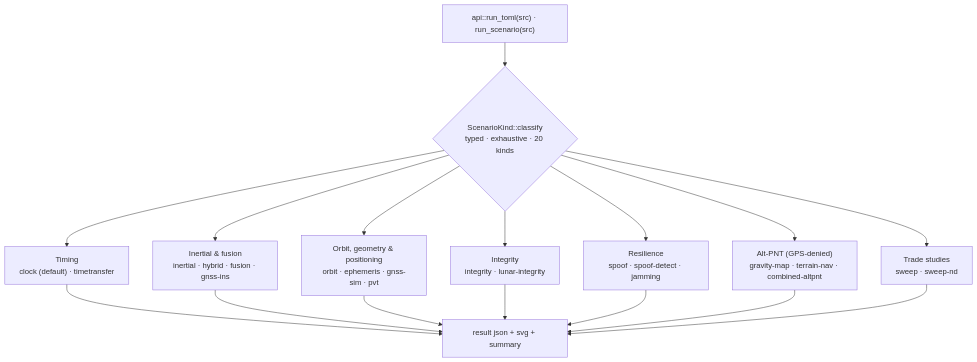
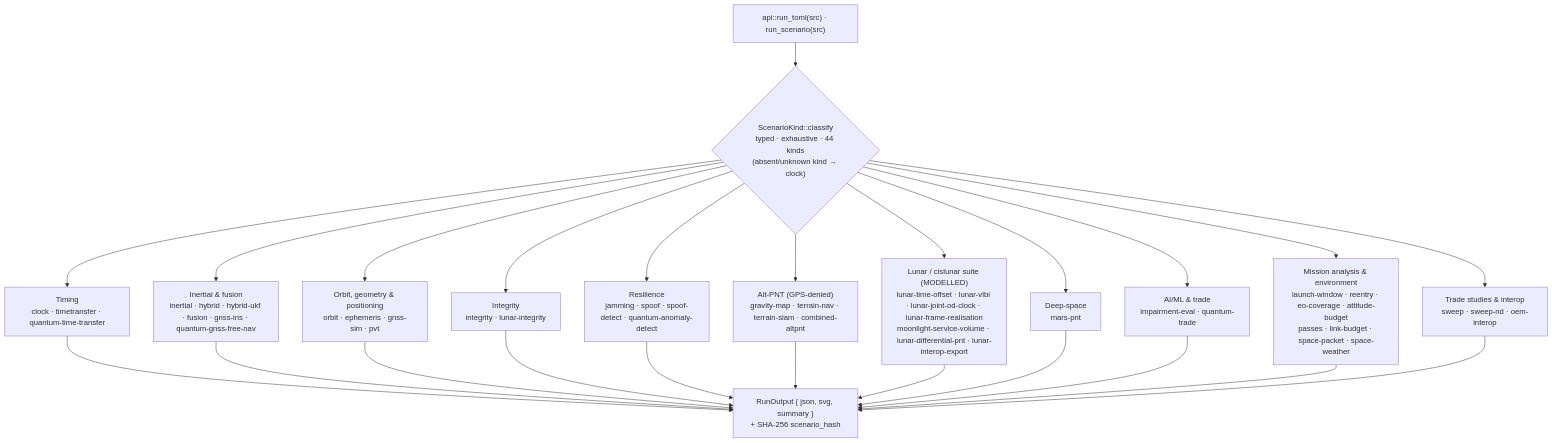
Before and after one commit to ashfordeOU/kshana: the seventh of 11 diagrams in docs/ARCHITECTURE.md, drawn with Mermaid. The commit also changed other lines of this file and 3 other files, not shown here.

````diff
--- a/docs/ARCHITECTURE.md
+++ b/docs/ARCHITECTURE.md
@@ -356,18 +406,16 @@
 ```mermaid
 flowchart TD
-    F["api::run_toml(src) · run_scenario(src)"] --> K{"ScenarioKind::classify<br/>typed · exhaustive · 20 kinds"}
-    K --> G1["Timing<br/>clock (default) · timetransfer"]
-    K --> G2["Inertial & fusion<br/>inertial · hybrid · fusion · gnss-ins"]
+    F["api::run_toml(src) · run_scenario(src)"] --> K{"ScenarioKind::classify<br/>typed · exhaustive · 44 kinds<br/>(absent/unknown kind → clock)"}
+    K --> G1["Timing<br/>clock · timetransfer · quantum-time-transfer"]
+    K --> G2["Inertial & fusion<br/>inertial · hybrid · hybrid-ukf · fusion · gnss-ins · quantum-gnss-free-nav"]
     K --> G3["Orbit, geometry & positioning<br/>orbit · ephemeris · gnss-sim · pvt"]
     K --> G4["Integrity<br/>integrity · lunar-integrity"]
-    K --> G5["Resilience<br/>spoof · spoof-detect · jamming"]
-    K --> G6["Alt-PNT (GPS-denied)<br/>gravity-map · terrain-nav · combined-altpnt"]
-    K --> G7["Trade studies<br/>sweep · sweep-nd"]
-    G1 --> W["result json + svg + summary"]
-    G2 --> W
-    G3 --> W
-    G4 --> W
-    G5 --> W
-    G6 --> W
-    G7 --> W
+    K --> G5["Resilience<br/>jamming · spoof · spoof-detect · quantum-anomaly-detect"]
+    K --> G6["Alt-PNT (GPS-denied)<br/>gravity-map · terrain-nav · terrain-slam · combined-altpnt"]
+    K --> G7["Lunar / cislunar suite (MODELLED)<br/>lunar-time-offset · lunar-vlbi · lunar-joint-od-clock · lunar-frame-realisation<br/>moonlight-service-volume · lunar-differential-pnt · lunar-interop-export"]
+    K --> G8["Deep-space<br/>mars-pnt"]
+    K --> G9["AI/ML & trade<br/>impairment-eval · quantum-trade"]
+    K --> G10["Mission analysis & environment<br/>launch-window · reentry · eo-coverage · attitude-budget<br/>passes · link-budget · space-packet · space-weather"]
+    K --> G11["Trade studies & interop<br/>sweep · sweep-nd · oem-interop"]
+    G1 & G2 & G3 & G4 & G5 & G6 & G7 & G8 & G9 & G10 & G11 --> W["RunOutput { json, svg, summary }<br/>+ SHA-256 scenario_hash"]
 ```
````
